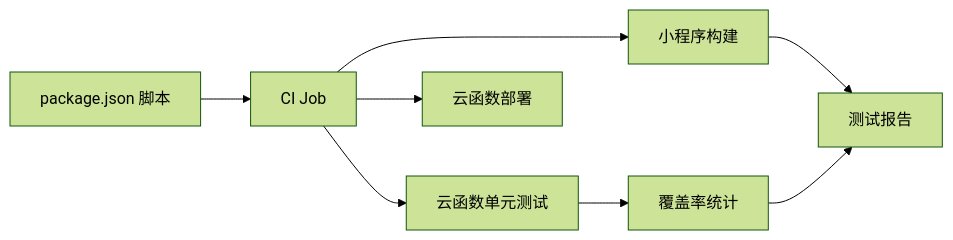
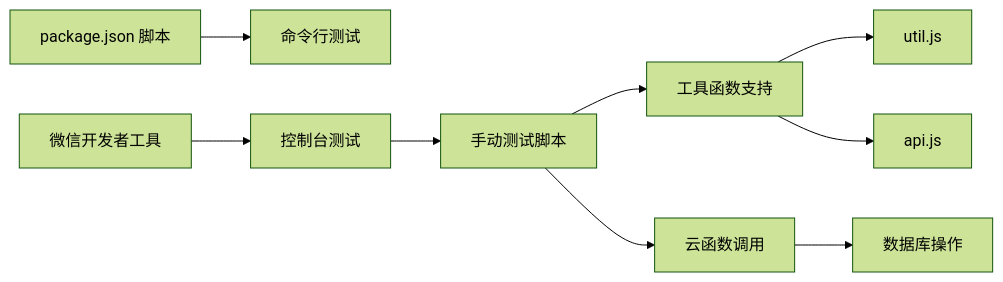
Before and after one commit to zhangxin19911211-creator/Project_BabyAssistant: the third of 3 diagrams in .qoder/repowiki/zh/content/测试策略/自动化测试.md, drawn with Mermaid (forest theme). The commit also changed other lines of this file and 24 other files, not shown here.

````diff
--- a/.qoder/repowiki/zh/content/测试策略/自动化测试.md
+++ b/.qoder/repowiki/zh/content/测试策略/自动化测试.md
@@ -185,10 +285,11 @@
 ```mermaid
 graph LR
-Pkg["package.json 脚本"] --> CI["CI Job"]
-CI --> Build["小程序构建"]
-CI --> UT["云函数单元测试"]
-UT --> Cov["覆盖率统计"]
-CI --> Deploy["云函数部署"]
-Build --> Report["测试报告"]
-Cov --> Report
+Pkg["package.json 脚本"] --> CLI["命令行测试"]
+IDE["微信开发者工具"] --> Console["控制台测试"]
+Console --> Manual["手动测试脚本"]
+Manual --> Tools["工具函数支持"]
+Tools --> Util["util.js"]
+Tools --> API["api.js"]
+Manual --> Cloud["云函数调用"]
+Cloud --> DB["数据库操作"]
 ```
````
